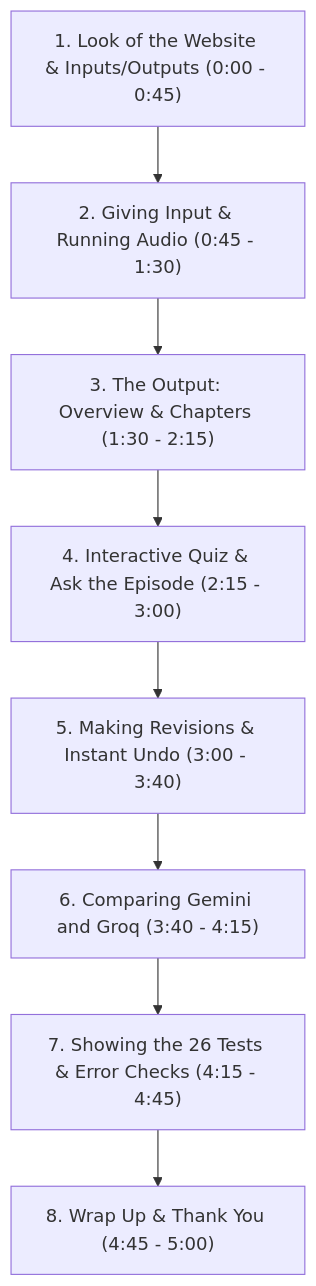
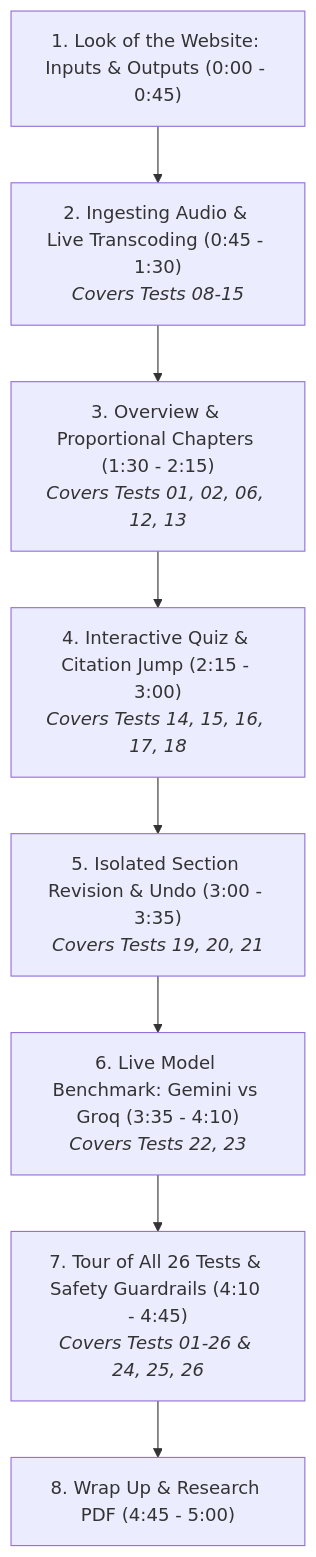
Before and after one commit to moazzem-hossain-majumder/Podcast-Companion: the diagram in docs/DEMO_SCRIPT.md, drawn with Mermaid. The commit also changed other lines of this file, not shown here.

Commit message:
docs: merge all 26 test cases into DEMO_SCRIPT with precise actions and easy language

````diff
--- a/docs/DEMO_SCRIPT.md
+++ b/docs/DEMO_SCRIPT.md
@@ -23,13 +23,13 @@
 ```mermaid
 flowchart TD
-    Step1["1. Look of the Website & Inputs/Outputs (0:00 - 0:45)"]
-    Step2["2. Giving Input & Running Audio (0:45 - 1:30)"]
-    Step3["3. The Output: Overview & Chapters (1:30 - 2:15)"]
-    Step4["4. Interactive Quiz & Ask the Episode (2:15 - 3:00)"]
-    Step5["5. Making Revisions & Instant Undo (3:00 - 3:40)"]
-    Step6["6. Comparing Gemini and Groq (3:40 - 4:15)"]
-    Step7["7. Showing the 26 Tests & Error Checks (4:15 - 4:45)"]
-    Step8["8. Wrap Up & Thank You (4:45 - 5:00)"]
+    Step1["1. Look of the Website: Inputs & Outputs (0:00 - 0:45)"]
+    Step2["2. Ingesting Audio & Live Transcoding (0:45 - 1:30)<br/><i>Covers Tests 08-15</i>"]
+    Step3["3. Overview & Proportional Chapters (1:30 - 2:15)<br/><i>Covers Tests 01, 02, 06, 12, 13</i>"]
+    Step4["4. Interactive Quiz & Citation Jump (2:15 - 3:00)<br/><i>Covers Tests 14, 15, 16, 17, 18</i>"]
+    Step5["5. Isolated Section Revision & Undo (3:00 - 3:35)<br/><i>Covers Tests 19, 20, 21</i>"]
+    Step6["6. Live Model Benchmark: Gemini vs Groq (3:35 - 4:10)<br/><i>Covers Tests 22, 23</i>"]
+    Step7["7. Tour of All 26 Tests & Safety Guardrails (4:10 - 4:45)<br/><i>Covers Tests 01-26 & 24, 25, 26</i>"]
+    Step8["8. Wrap Up & Research PDF (4:45 - 5:00)"]
 
     Step1 --> Step2 --> Step3 --> Step4 --> Step5 --> Step6 --> Step7 --> Step8
 ```
````
